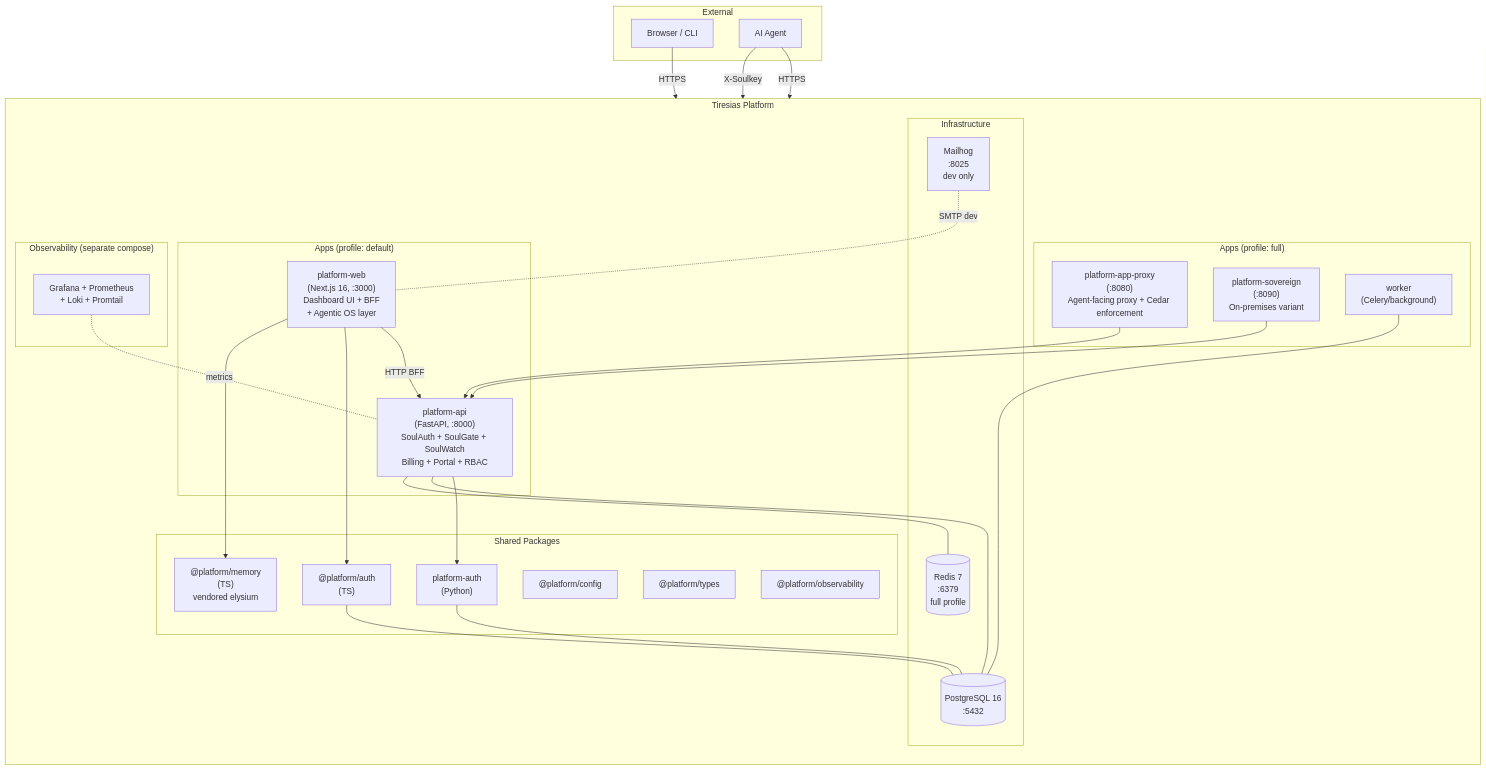
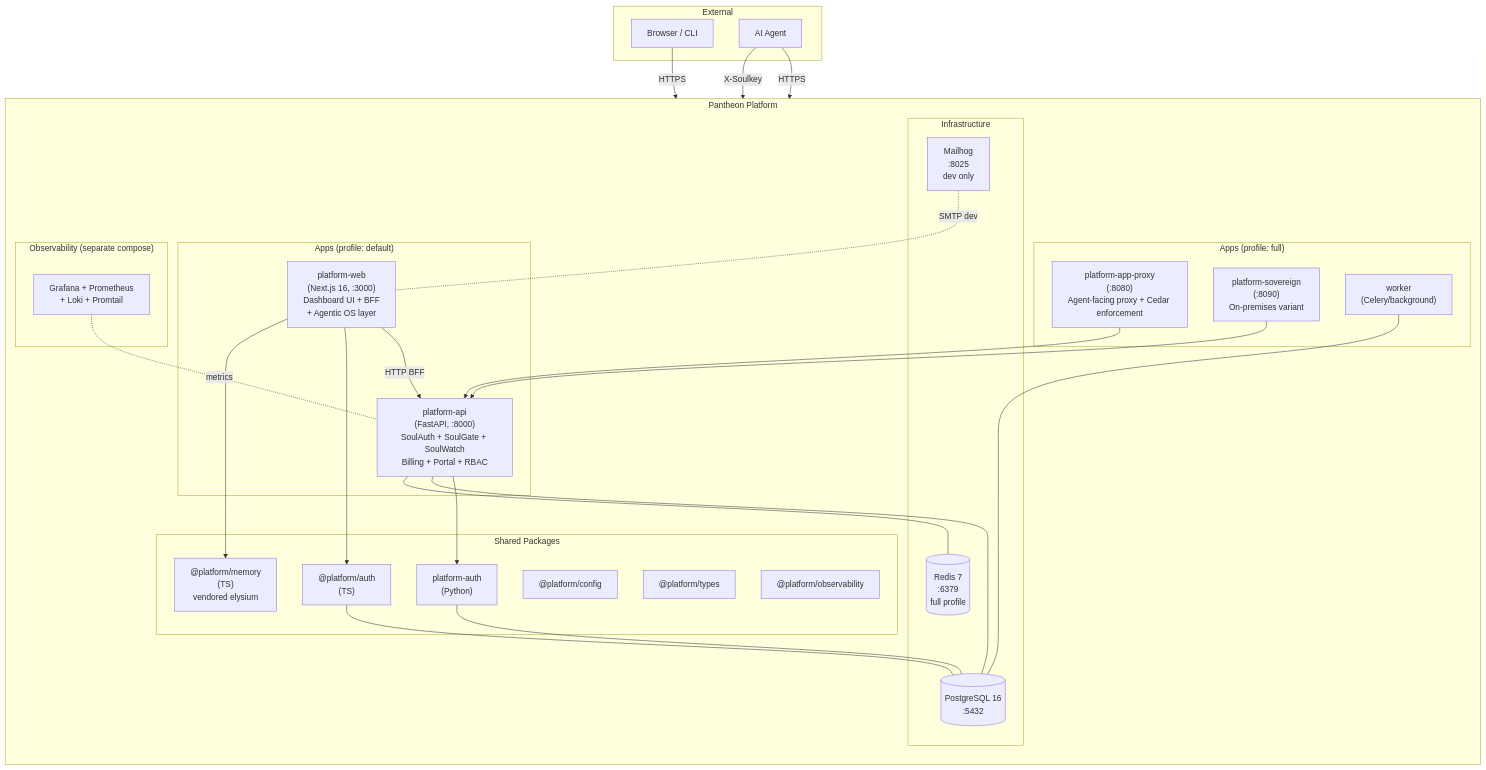
One commit to saluca-labs/pantheon changed the diagram in docs/architecture/system-overview.md. Above: the diagram before and after it, drawn with Mermaid. The commit also changed 39 other files, not shown here.

First line of the commit message:
docs(contributor): Wave I.3 — contributor + architecture documentation pass (closes Wave I) (#142)

````diff
--- a/docs/architecture/system-overview.md
+++ b/docs/architecture/system-overview.md
@@ -5,63 +5,63 @@
 ```mermaid
 graph TB
   subgraph external["External"]
     BROWSER["Browser / CLI"]
     AGENT["AI Agent"]
   end
 
-  subgraph platform["Tiresias Platform"]
+  subgraph platform["Pantheon Platform"]
     direction TB
 
     subgraph apps["Apps (profile: default)"]
       WEB["platform-web\n(Next.js 16, :3000)\nDashboard UI + BFF\n+ Agentic OS layer"]
       API["platform-api\n(FastAPI, :8000)\nSoulAuth + SoulGate + SoulWatch\nBilling + Portal + RBAC"]
     end
 
     subgraph fullApps["Apps (profile: full)"]
       PROXY["platform-app-proxy\n(:8080)\nAgent-facing proxy + Cedar enforcement"]
       SOV["platform-sovereign\n(:8090)\nOn-premises variant"]
       WORKER["worker\n(Celery/background)"]
     end
 
     subgraph infra["Infrastructure"]
       DB[("PostgreSQL 16\n:5432")]
       REDIS[("Redis 7\n:6379\nfull profile")]
       MAIL["Mailhog\n:8025\ndev only"]
     end
 
     subgraph packages["Shared Packages"]
       AUTH_TS["@platform/auth\n(TS)"]
       AUTH_PY["platform-auth\n(Python)"]
       MEMORY["@platform/memory\n(TS)\nvendored elysium"]
       CONFIG["@platform/config"]
       TYPES["@platform/types"]
       OBS["@platform/observability"]
     end
 
     subgraph infrasvc["Observability (separate compose)"]
       GRAFANA["Grafana + Prometheus\n+ Loki + Promtail"]
     end
   end
 
   BROWSER -- HTTPS --> WEB
   AGENT -- X-Soulkey --> API
   AGENT -- HTTPS --> PROXY
 
   WEB -- HTTP BFF --> API
   WEB --> AUTH_TS
   WEB --> MEMORY
 
   API --> AUTH_PY
   API --- DB
   API --- REDIS
 
   PROXY --> API
   SOV --> API
   WORKER --- DB
 
   AUTH_TS --- DB
   AUTH_PY --- DB
 
   MAIL -. SMTP dev .- WEB
   GRAFANA -. metrics .- API
 ```
````
